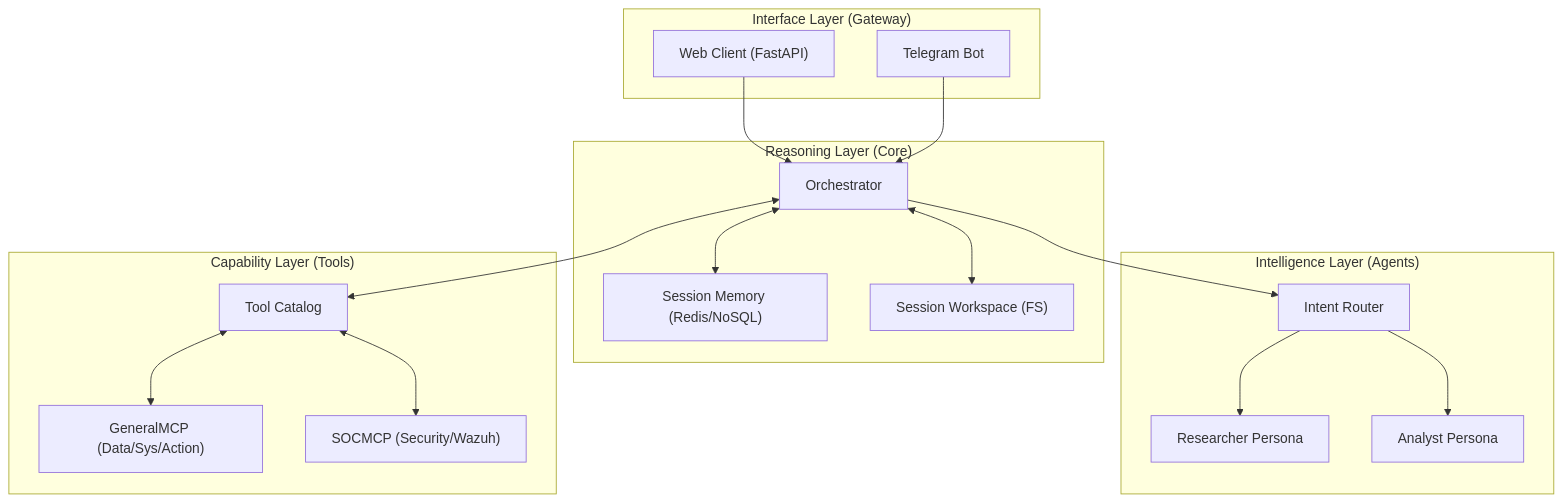
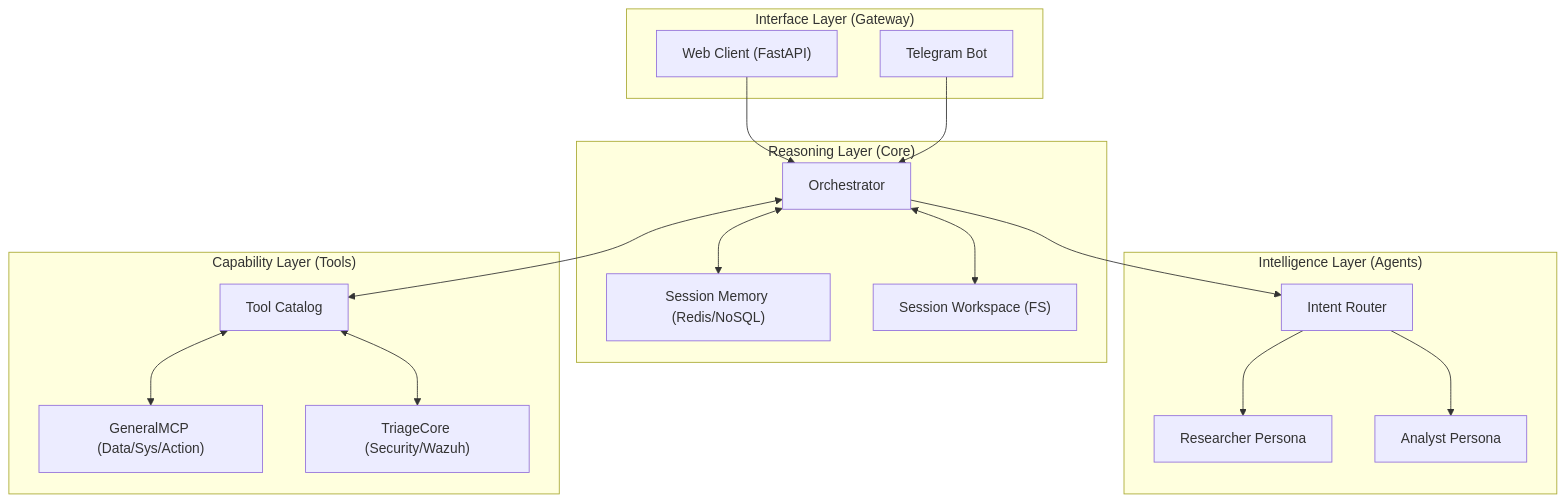
Before and after one commit to kurtfi/blueTeam: the diagram in src/Agentix/DOCUMENTATION.md, drawn with Mermaid. The commit also changed other lines of this file and 110 other files, not shown here.

Commit message:
refactor: migrate SOCMCP and IntegrationTests into a new TriageCore module with expanded test coverage and core improvements.

````diff
--- a/src/Agentix/DOCUMENTATION.md
+++ b/src/Agentix/DOCUMENTATION.md
@@ -27,33 +27,33 @@
 ```mermaid
 graph TD
     subgraph "Interface Layer (Gateway)"
         Web["Web Client (FastAPI)"]
         TG["Telegram Bot"]
     end
 
     subgraph "Reasoning Layer (Core)"
         ORC["Orchestrator"]
         Memory["Session Memory (Redis/NoSQL)"]
         Workspace["Session Workspace (FS)"]
     end
 
     subgraph "Intelligence Layer (Agents)"
         Router["Intent Router"]
         Researcher["Researcher Persona"]
         Analyst["Analyst Persona"]
     end
 
     subgraph "Capability Layer (Tools)"
         Catalog["Tool Catalog"]
         GeneralMCP["GeneralMCP (Data/Sys/Action)"]
-        SOCMCP["SOCMCP (Security/Wazuh)"]
+        TriageCore["TriageCore (Security/Wazuh)"]
     end
 
     Web & TG --> ORC
     ORC <--> Memory
     ORC <--> Workspace
     ORC --> Router
     Router --> Researcher & Analyst
     ORC <--> Catalog
-    Catalog <--> GeneralMCP & SOCMCP
+    Catalog <--> GeneralMCP & TriageCore
 ```
````
